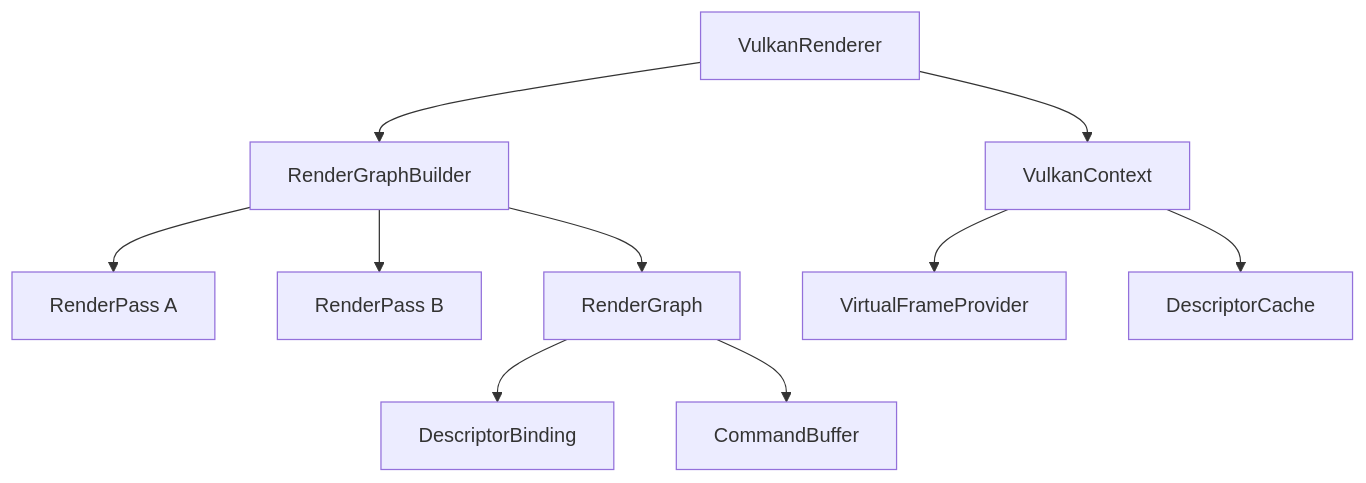
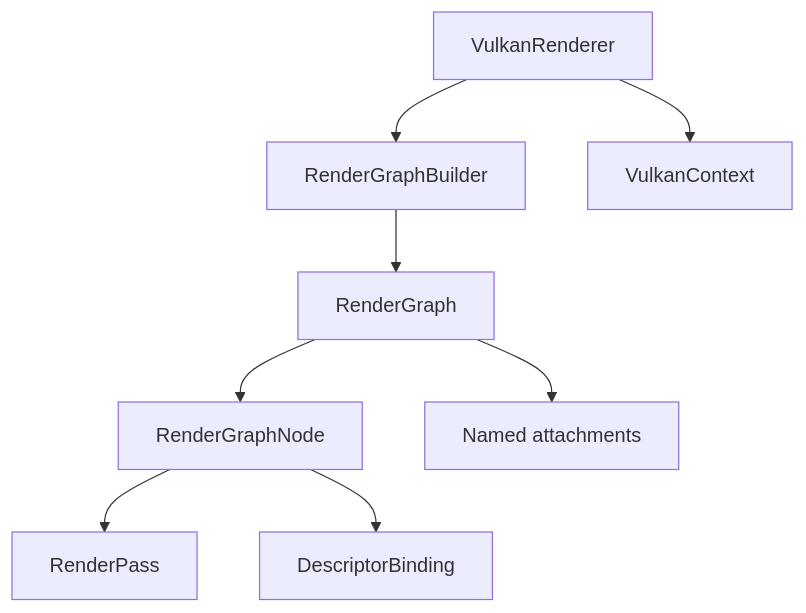
One commit to Yang-Junjie/Luna changed the fourth of 8 diagrams in docs/manual/subsystems-manual.md. Above: the diagram before and after it, drawn with Mermaid. The commit also changed other lines of this file and 49 other files, not shown here.

````diff
--- a/docs/manual/subsystems-manual.md
+++ b/docs/manual/subsystems-manual.md
@@ -95,12 +158,10 @@
 ```mermaid
 graph TD
-    VR[VulkanRenderer] --> VC[VulkanContext]
-    VR --> RGB[RenderGraphBuilder]
-    RGB --> RP1[RenderPass A]
-    RGB --> RP2[RenderPass B]
+    VR[VulkanRenderer] --> RGB[RenderGraphBuilder]
     RGB --> RG[RenderGraph]
-    RG --> DB[DescriptorBinding]
-    RG --> CMD[CommandBuffer]
-    VC --> VF[VirtualFrameProvider]
-    VC --> DC[DescriptorCache]
+    RG --> NODE[RenderGraphNode]
+    NODE --> RP[RenderPass]
+    NODE --> DB[DescriptorBinding]
+    RG --> ATT[Named attachments]
+    VR --> VC[VulkanContext]
 ```
````
